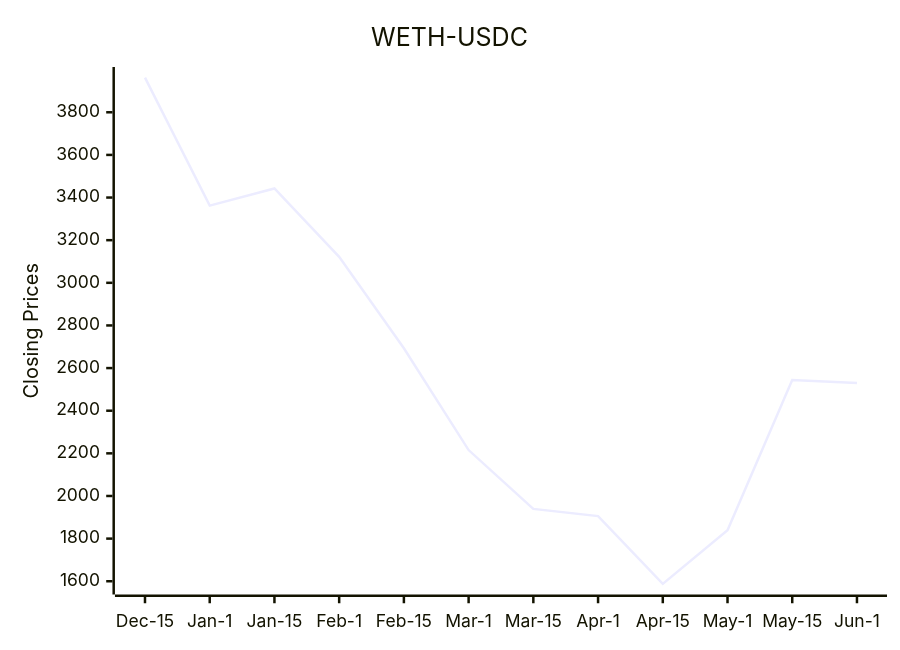
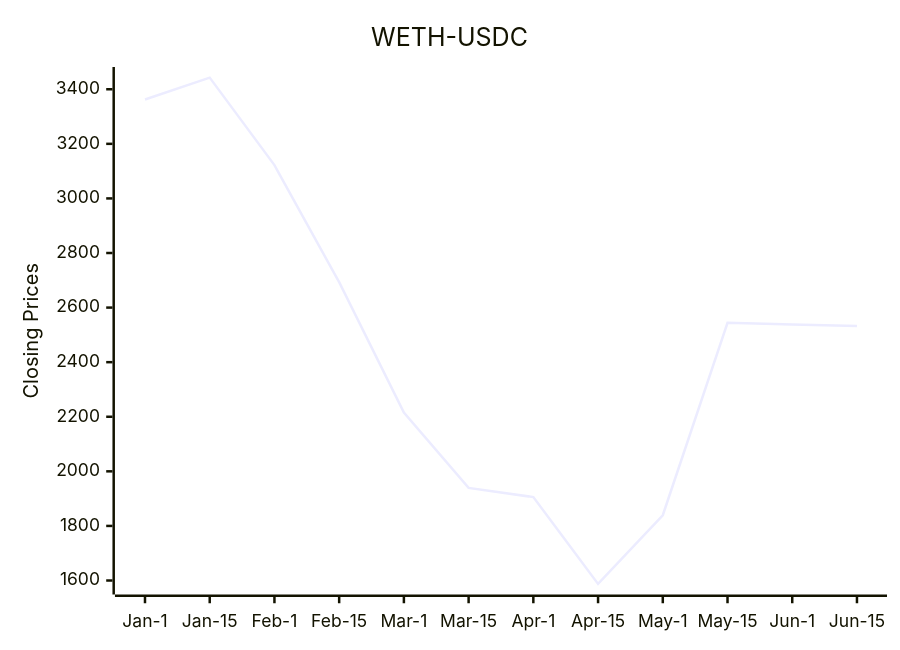
The diagram in README.md (bicced/ReadmeCryptoPriceChart), drawn with Mermaid before and after one commit.

Commit message:
Update README with latest DEX data

````diff
--- a/README.md
+++ b/README.md
@@ -6,7 +6,7 @@
 ```mermaid
 xychart-beta
   title "WETH-USDC"
-  x-axis [Dec-15,Jan-1,Jan-15,Feb-1,Feb-15,Mar-1,Mar-15,Apr-1,Apr-15,May-1,May-15,Jun-1]
-  y-axis "Closing Prices" 1587.66 --> 3962.56899349177
-  line [3962.56899349177,3362.281527969,3442.60666821535,3122.15,2693.01,2215.45,1939.29,1905.62,1587.66,1839.06,2544.38,2530.44]
+  x-axis [Jan-1,Jan-15,Feb-1,Feb-15,Mar-1,Mar-15,Apr-1,Apr-15,May-1,May-15,Jun-1,Jun-15]
+  y-axis "Closing Prices" 1587.66 --> 3442.60666821535
+  line [3362.281527969,3442.60666821535,3122.15,2693.01,2215.45,1939.29,1905.62,1587.66,1839.06,2544.38,2538.04,2532.6]
 ```
````
